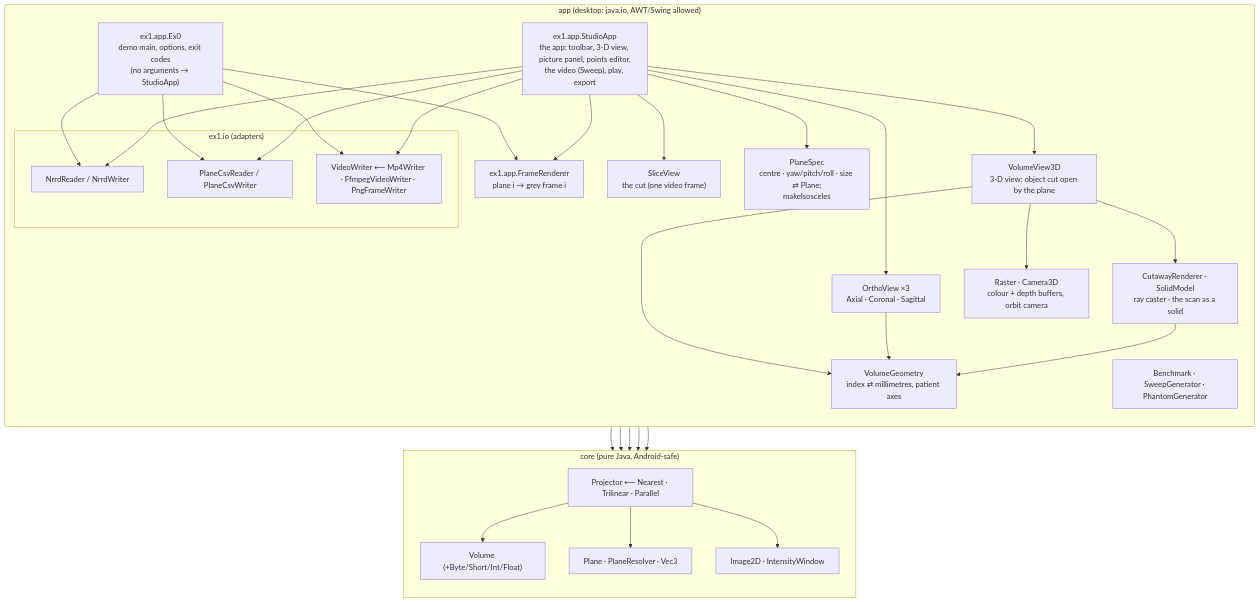
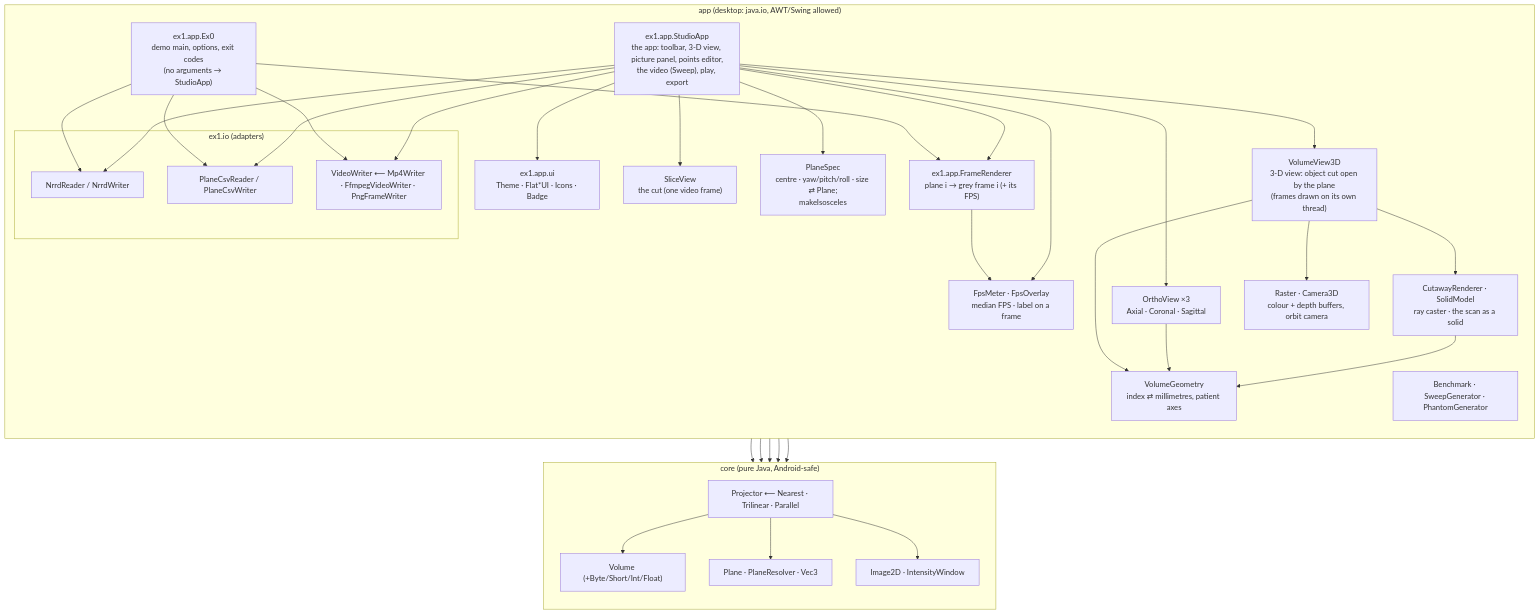
Before and after one commit to NoamTheGolem/Intro2SE_Ex1: the second of 6 diagrams in docs/SDD.md, drawn with Mermaid. The commit also changed other lines of this file and 13 other files, not shown here.

````diff
--- a/docs/SDD.md
+++ b/docs/SDD.md
@@ -49,41 +51,44 @@
 ```mermaid
 flowchart TB
     subgraph app["app  (desktop: java.io, AWT/Swing allowed)"]
       direction TB
       Ex0["ex1.app.Ex0<br/>demo main, options, exit codes<br/>(no arguments → StudioApp)"]
       Studio["ex1.app.StudioApp<br/>the app: toolbar, 3-D view, picture panel, points editor,<br/>the video (Sweep), play, export"]
-      V3["VolumeView3D<br/>3-D view: object cut open by the plane"]
+      V3["VolumeView3D<br/>3-D view: object cut open by the plane<br/>(frames drawn on its own thread)"]
       CR["CutawayRenderer · SolidModel<br/>ray caster · the scan as a solid"]
       RC["Raster · Camera3D<br/>colour + depth buffers, orbit camera"]
       OV["OrthoView ×3<br/>Axial · Coronal · Sagittal"]
       VG["VolumeGeometry<br/>index ⇄ millimetres, patient axes"]
       V2["SliceView<br/>the cut (one video frame)"]
       PS["PlaneSpec<br/>centre · yaw/pitch/roll · size ⇄ Plane;<br/>makeIsosceles"]
-      FR["ex1.app.FrameRenderer<br/>plane i → grey frame i"]
+      FR["ex1.app.FrameRenderer<br/>plane i → grey frame i (+ its FPS)"]
+      FPS["FpsMeter · FpsOverlay<br/>median FPS · label on a frame"]
+      UI["ex1.app.ui<br/>Theme · Flat*UI · Icons · Badge"]
       Bench["Benchmark · SweepGenerator · PhantomGenerator"]
       subgraph io["ex1.io  (adapters)"]
         NR["NrrdReader / NrrdWriter"]
         CSV["PlaneCsvReader / PlaneCsvWriter"]
         VW["VideoWriter ⟵ Mp4Writer · FfmpegVideoWriter · PngFrameWriter"]
       end
     end
     subgraph core["core  (pure Java, Android-safe)"]
       direction TB
       Vol["Volume (+Byte/Short/Int/Float)"]
       Plane["Plane · PlaneResolver · Vec3"]
       Proj["Projector ⟵ Nearest · Trilinear · Parallel"]
       Img["Image2D · IntensityWindow"]
     end
     Ex0 --> FR --> Proj
-    Studio --> FR
+    FR --> FPS
+    Studio --> FR & FPS & UI
     Studio --> V3 & OV & V2 & PS
     V3 --> CR & RC
     V3 & OV & CR --> VG
     PS --> Plane
     Ex0 --> NR & CSV & VW
     Studio --> NR & CSV & VW
     NR --> Vol
     CSV --> Plane
     Proj --> Vol & Plane & Img
     FR --> Img
 ```
````
